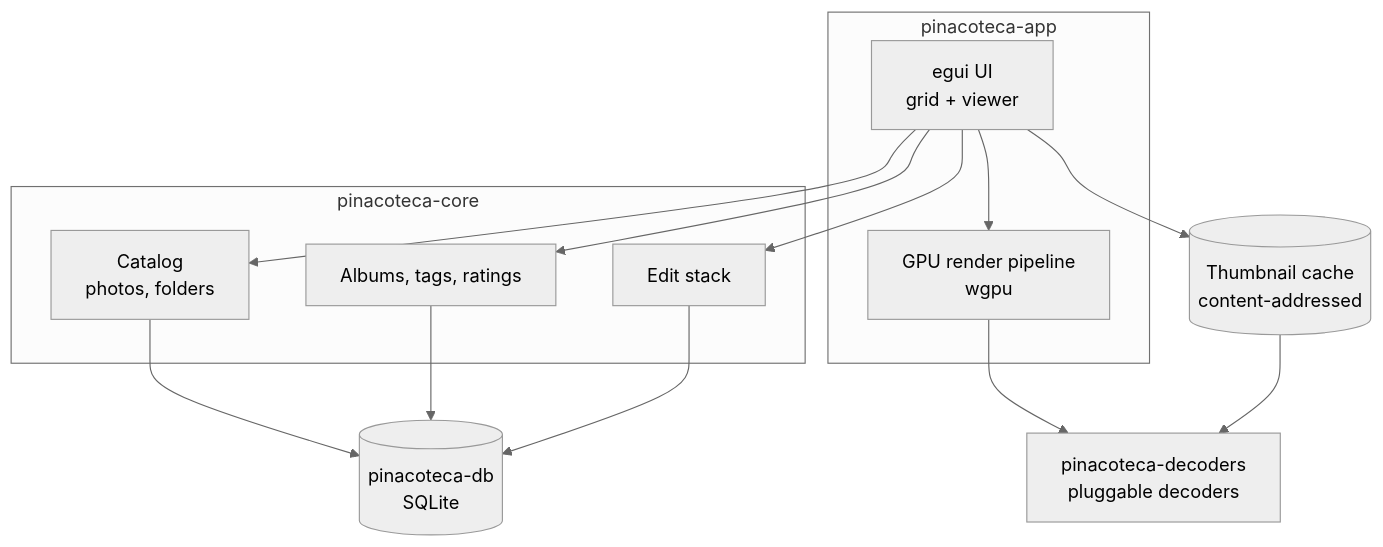
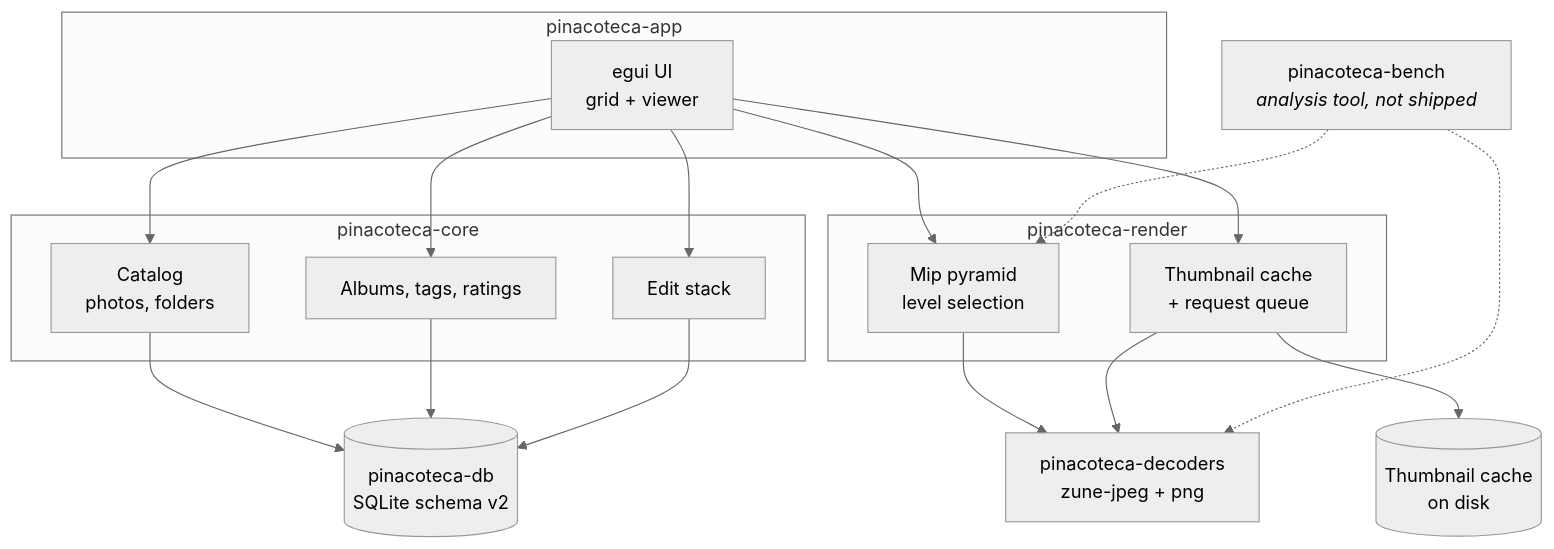
The diagram in docs/architecture.md (marcelofrau/pinacoteca), drawn with Mermaid (neutral theme) before and after one commit. The commit also changed other lines of this file and 14 other files, not shown here.

First line of the commit message:
feat(m2): thumbnail cache, DB schema v2, concurrency model + ADRs 0003-0005

````diff
--- a/docs/architecture.md
+++ b/docs/architecture.md
@@ -8,26 +8,33 @@
 ```mermaid
 flowchart TB
     subgraph app[pinacoteca-app]
         UI[egui UI<br/>grid + viewer]
-        RENDER[GPU render pipeline<br/>wgpu]
+    end
+    subgraph render[pinacoteca-render]
+        PYR[Mip pyramid<br/>level selection]
+        THUMB[Thumbnail cache<br/>+ request queue]
     end
     subgraph core[pinacoteca-core]
         CAT[Catalog<br/>photos, folders]
         ALB[Albums, tags, ratings]
         EDIT[Edit stack]
     end
-    DEC[pinacoteca-decoders<br/>pluggable decoders]
-    DB[(pinacoteca-db<br/>SQLite)]
-    CACHE[(Thumbnail cache<br/>content-addressed)]
+    DEC[pinacoteca-decoders<br/>zune-jpeg + png]
+    DB[(pinacoteca-db<br/>SQLite schema v2)]
+    CACHE[(Thumbnail cache<br/>on disk)]
+    TITLEBIN[pinacoteca-bench<br/><i>analysis tool, not shipped</i>]
 
     UI --> CAT
     UI --> ALB
     UI --> EDIT
-    UI --> RENDER
+    UI --> PYR
+    UI --> THUMB
     CAT --> DB
     ALB --> DB
     EDIT --> DB
-    RENDER --> DEC
-    UI --> CACHE
-    CACHE --> DEC
+    PYR --> DEC
+    THUMB --> DEC
+    THUMB --> CACHE
+    TITLEBIN -.-> DEC
+    TITLEBIN -.-> PYR
 ```
````
